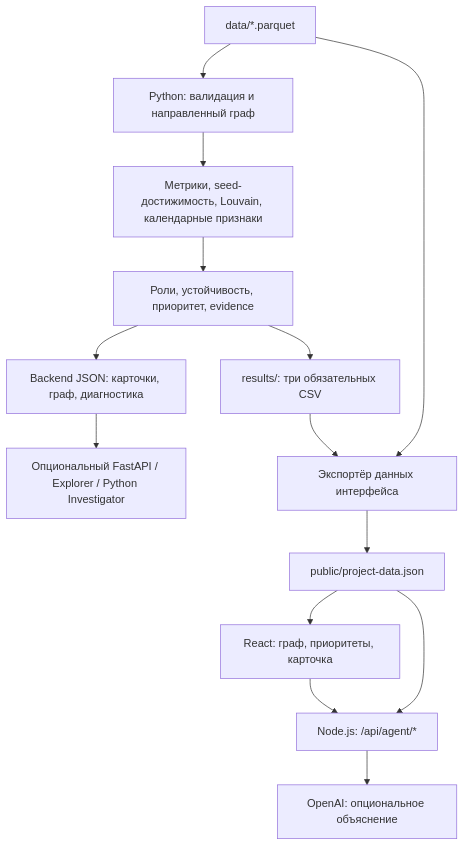
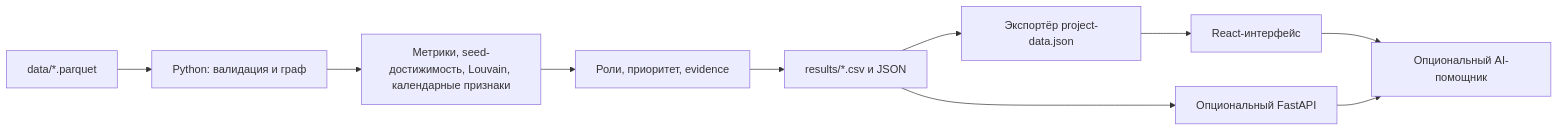
Before and after one commit to BAITC-Hacks/hack-7cf34f56-aman-ai: the diagram in README.md, drawn with Mermaid. The commit also changed other lines of this file and 3 other files, not shown here.

````diff
--- a/README.md
+++ b/README.md
@@ -148,16 +37,12 @@
 ```mermaid
-flowchart TD
-    D["data/*.parquet"] --> P["Python: валидация и направленный граф"]
-    P --> F["Метрики, seed-достижимость, Louvain, календарные признаки"]
-    F --> R["Роли, устойчивость, приоритет, evidence"]
-    R --> C["results/: три обязательных CSV"]
-    R --> B["Backend JSON: карточки, граф, диагностика"]
-    B --> H["Опциональный FastAPI / Explorer / Python Investigator"]
-    C --> E["Экспортёр данных интерфейса"]
-    D --> E
-    E --> J["public/project-data.json"]
-    J --> U["React: граф, приоритеты, карточка"]
-    U --> A["Node.js: /api/agent/*"]
-    J --> A
-    A --> O["OpenAI: опциональное объяснение"]
+flowchart LR
+  A["data/*.parquet"] --> B["Python: валидация и граф"]
+  B --> C["Метрики, seed-достижимость, Louvain, календарные признаки"]
+  C --> D["Роли, приоритет, evidence"]
+  D --> E["results/*.csv и JSON"]
+  E --> F["Экспортёр project-data.json"]
+  F --> G["React-интерфейс"]
+  E --> H["Опциональный FastAPI"]
+  G --> I["Опциональный AI-помощник"]
+  H --> I
 ```
````
